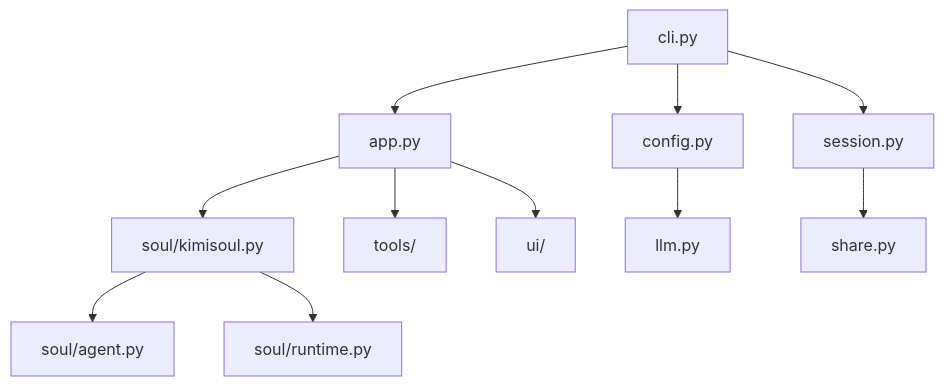
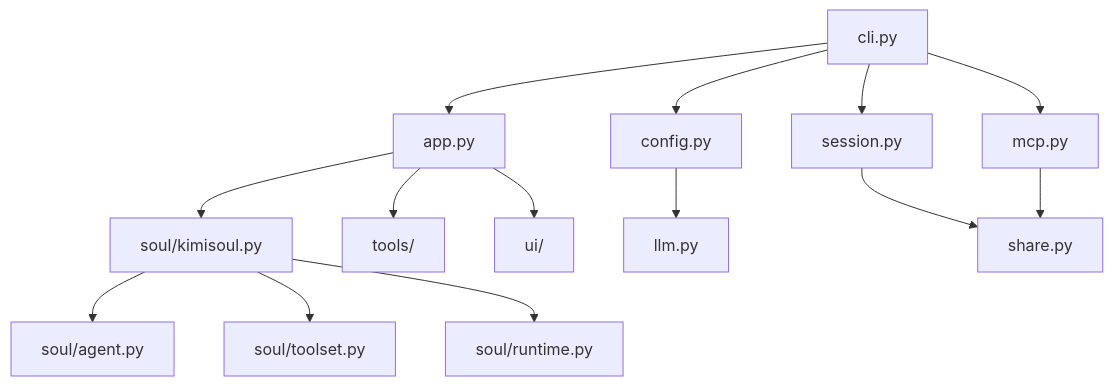
Before and after one commit to afanty2021/kimi-cli: the diagram in src/kimi_cli/CLAUDE.md, drawn with Mermaid. The commit also changed other lines of this file and 1 other file, not shown here.

````diff
--- a/src/kimi_cli/CLAUDE.md
+++ b/src/kimi_cli/CLAUDE.md
@@ -182,13 +328,16 @@
 ```mermaid
 graph TD
     A[cli.py] --> B[app.py]
     A --> C[config.py]
     A --> D[session.py]
+    A --> M[mcp.py]
     B --> E[soul/kimisoul.py]
     B --> F[tools/]
     B --> G[ui/]
     C --> H[llm.py]
     D --> I[share.py]
     E --> J[soul/agent.py]
-    E --> K[soul/runtime.py]
+    E --> K[soul/toolset.py]
+    E --> L[soul/runtime.py]
+    M --> I
 ```
````
